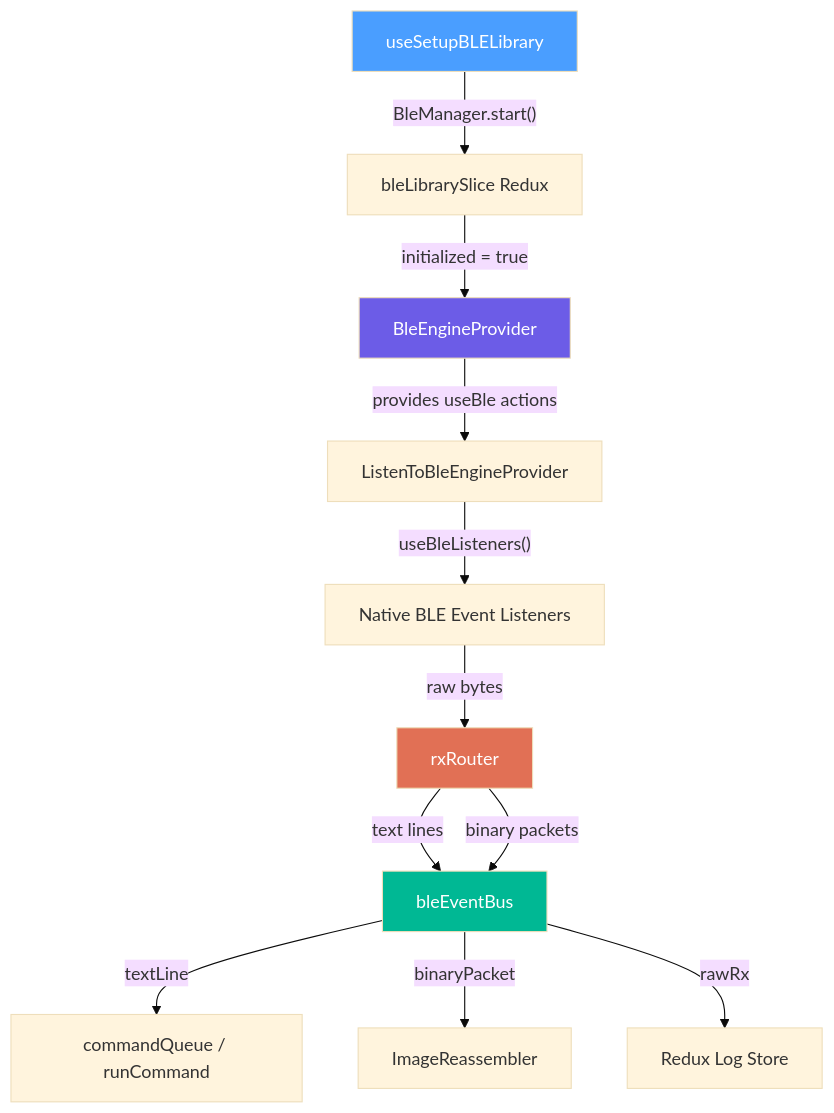
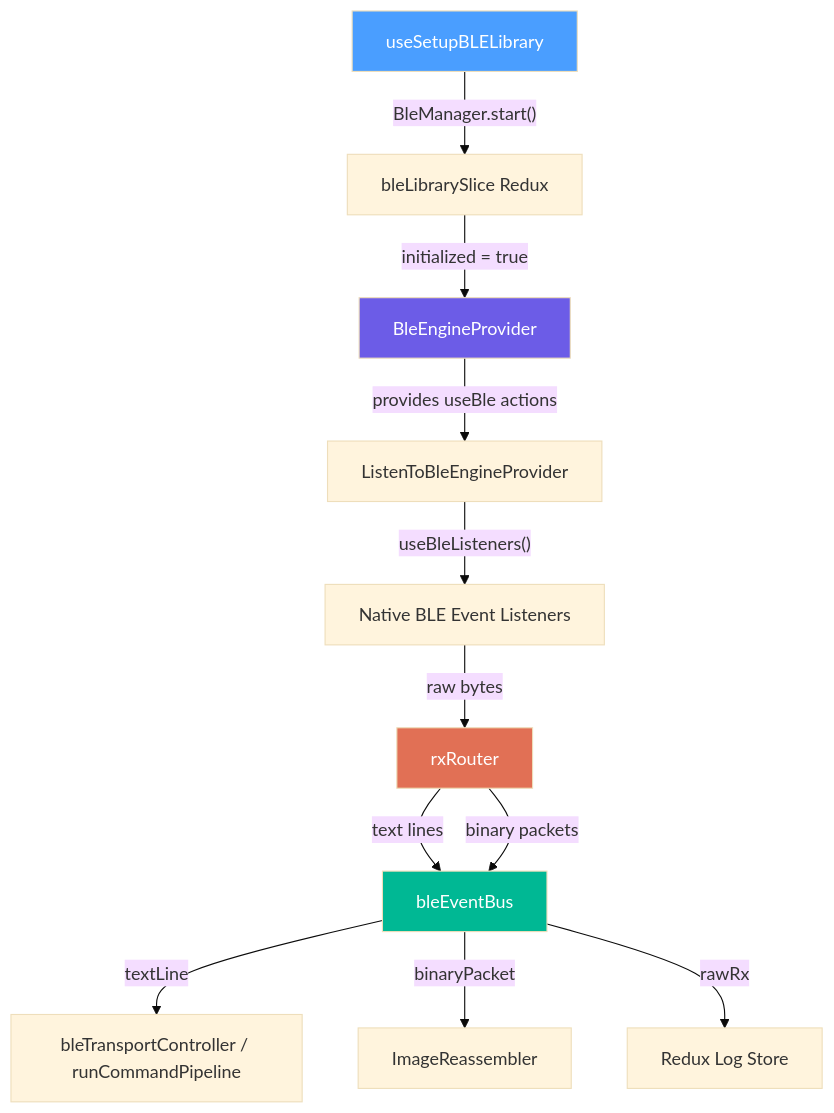
The first of 5 diagrams in documentation/resources/BLE_Architecture.md (wildlifeai/ww-mobile-app), drawn with Mermaid (base theme) before and after one commit. The commit also changed other lines of this file and 30 other files, not shown here.

````diff
--- a/documentation/resources/BLE_Architecture.md
+++ b/documentation/resources/BLE_Architecture.md
@@ -39,18 +39,18 @@
 ```mermaid
 graph TB
     A[useSetupBLELibrary] -->|"BleManager.start()"| B[bleLibrarySlice Redux]
     B -->|"initialized = true"| C[BleEngineProvider]
     C -->|"provides useBle actions"| D[ListenToBleEngineProvider]
     D -->|"useBleListeners()"| E[Native BLE Event Listeners]
     E -->|"raw bytes"| F[rxRouter]
     F -->|"text lines"| G[bleEventBus]
     F -->|"binary packets"| G
-    G -->|"textLine"| H[commandQueue / runCommand]
+    G -->|"textLine"| H[bleTransportController / runCommandPipeline]
     G -->|"binaryPacket"| I[ImageReassembler]
     G -->|"rawRx"| J[Redux Log Store]
 
     style A fill:#4a9eff,color:#fff
     style C fill:#6c5ce7,color:#fff
     style F fill:#e17055,color:#fff
     style G fill:#00b894,color:#fff
 ```
````
